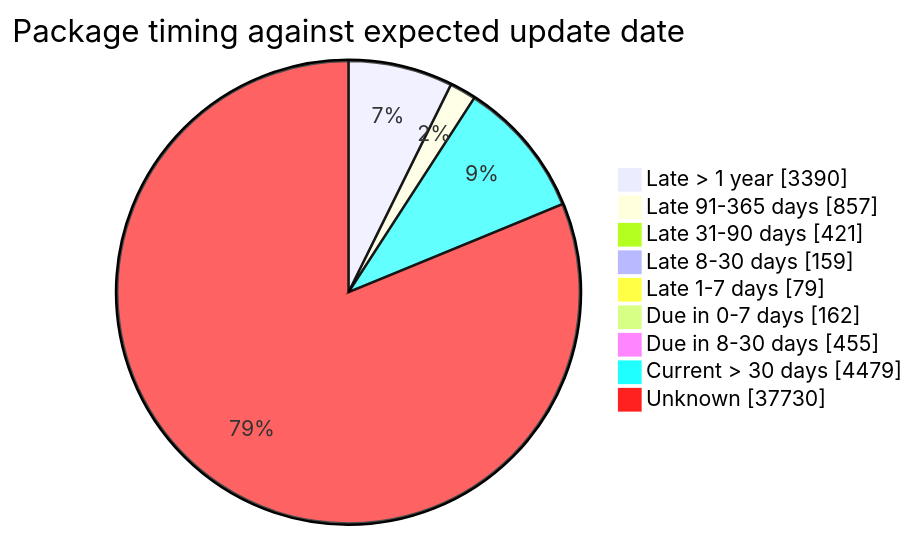
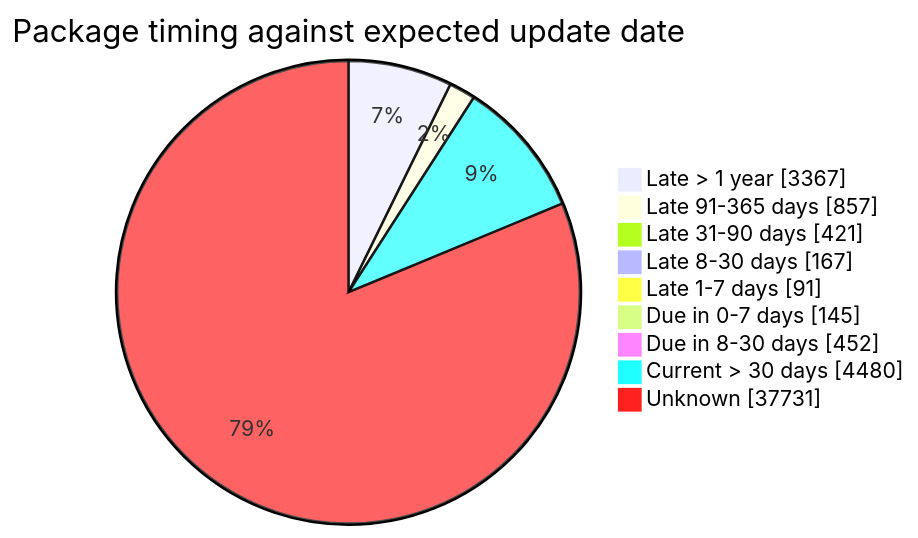
One commit to open-data/analytics-corporate-reporting changed the fourth of 5 diagrams in FreshCheck/README.md. Above: the diagram before and after it, drawn with Mermaid. The commit also changed other lines of this file and 3 other files, not shown here.

````diff
--- a/FreshCheck/README.md
+++ b/FreshCheck/README.md
@@ -86,12 +86,12 @@
 ```mermaid
 pie showData title Package timing against expected update date
-    "Late > 1 year": 3390
+    "Late > 1 year": 3367
     "Late 91-365 days": 857
     "Late 31-90 days": 421
-    "Late 8-30 days": 159
-    "Late 1-7 days": 79
-    "Due in 0-7 days": 162
-    "Due in 8-30 days": 455
-    "Current > 30 days": 4479
-    "Unknown": 37730
+    "Late 8-30 days": 167
+    "Late 1-7 days": 91
+    "Due in 0-7 days": 145
+    "Due in 8-30 days": 452
+    "Current > 30 days": 4480
+    "Unknown": 37731
 ```
````
